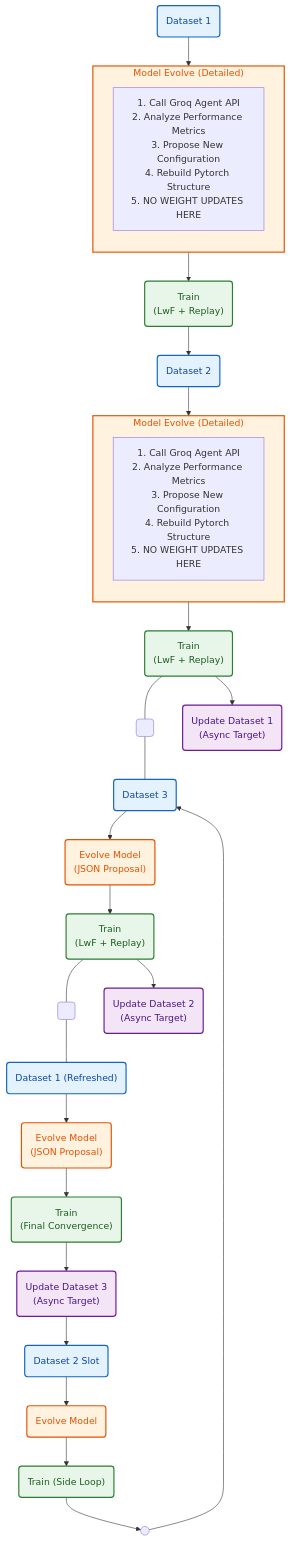
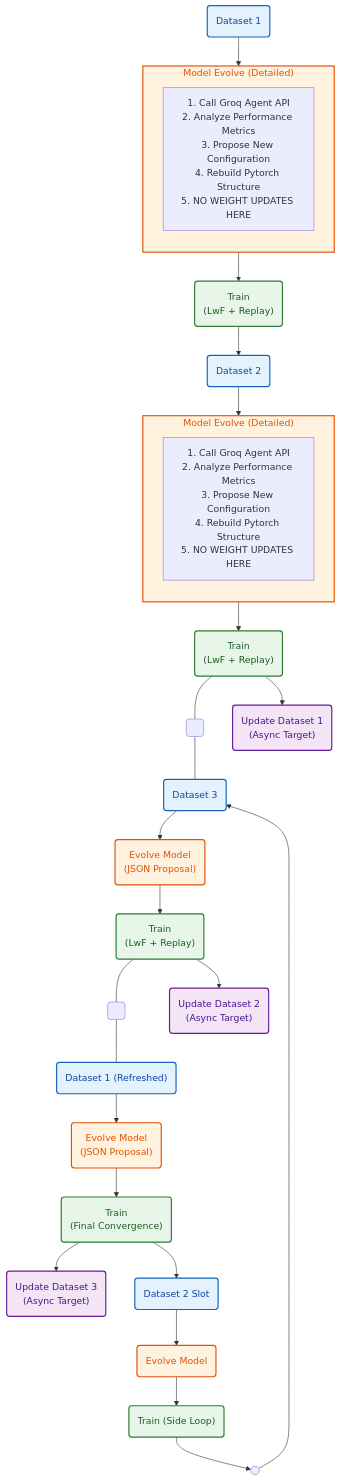
One commit to MaheshChalla2701/Operation-Evolve changed the diagram in Operation-Combine/README.md. Above: the diagram before and after it, drawn with Mermaid. The commit also changed 7 other files, not shown here.

````diff
--- a/Operation-Combine/README.md
+++ b/Operation-Combine/README.md
@@ -13,57 +13,57 @@
 ```mermaid
 flowchart TD
     %% Global Styles
     classDef dataset fill:#e3f2fd,stroke:#1565c0,stroke-width:2px,color:#0d47a1
     classDef evolve fill:#fff3e0,stroke:#e65100,stroke-width:2px,color:#e65100
     classDef train fill:#e8f5e9,stroke:#2e7d32,stroke-width:2px,color:#1b5e20
     classDef update fill:#f3e5f5,stroke:#6a1b9a,stroke-width:2px,color:#4a148c
 
     %% --- TOP SEQUENCE ---
     D1("Dataset 1"):::dataset --> ME1
     
     subgraph ME1 ["Model Evolve (Detailed)"]
         direction TB
         S1["1. Call Groq Agent API\n2. Analyze Performance Metrics\n3. Propose New Configuration\n4. Rebuild Pytorch Structure\n5. NO WEIGHT UPDATES HERE"]
     end
     
     ME1:::evolve --> T1("Train<br/>(LwF + Replay)"):::train
     T1 --> D2("Dataset 2"):::dataset
 
     D2 --> ME2
     
     subgraph ME2 ["Model Evolve (Detailed)"]
         direction TB
         S2["1. Call Groq Agent API\n2. Analyze Performance Metrics\n3. Propose New Configuration\n4. Rebuild Pytorch Structure\n5. NO WEIGHT UPDATES HERE"]
     end
     
     ME2:::evolve --> T2("Train<br/>(LwF + Replay)"):::train
 
     %% --- FIRST SPLIT ---
     T2 --- BAR1( )
     BAR1 --- D3("Dataset 3"):::dataset
 
     D3 --> ME3("Evolve Model<br/>(JSON Proposal)"):::evolve
     ME3 --> T3("Train<br/>(LwF + Replay)"):::train
 
     %% --- SECOND SPLIT ---
     T3 --- BAR2( )
     BAR2 --- D1_new("Dataset 1 (Refreshed)"):::dataset
 
     D1_new --> ME4("Evolve Model<br/>(JSON Proposal)"):::evolve
     ME4 --> T4("Train<br/>(Final Convergence)"):::train
 
     %% --- ASYNC OVERWRITES (RIGHT SIDE) ---
     T2 --> UD1("Update Dataset 1<br/>(Async Target)"):::update
     T3 --> UD2("Update Dataset 2<br/>(Async Target)"):::update
     T4 --> UD3("Update Dataset 3<br/>(Async Target)"):::update
 
     %% --- THE CLIMBING FEEDBACK LOOP ---
-    UD3 --> D2_loop("Dataset 2 Slot"):::dataset
+    T4 --> D2_loop("Dataset 2 Slot"):::dataset
     D2_loop --> ME_left("Evolve Model"):::evolve
     ME_left --> T_left("Train (Side Loop)"):::train
 
     T_left --> LOOP_CONNECT(( ))
 
     %% Connect back up to main flow
     LOOP_CONNECT --> D3
 ```
````
